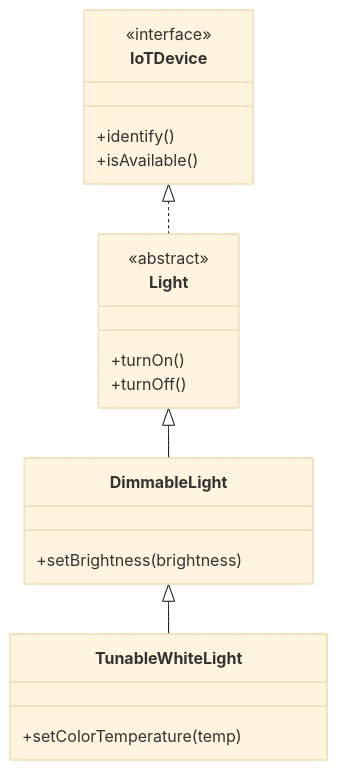
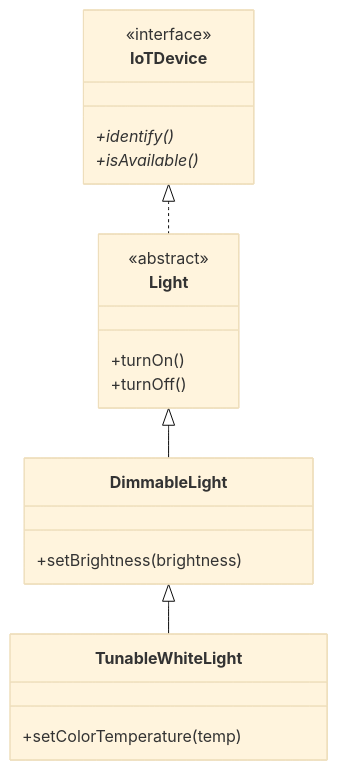
The first of 3 diagrams in lecture-slides/l3-more-java.mdx (neu-pdi/cs3100-public-resources), drawn with Mermaid (base theme) before and after one commit. The commit also changed other lines of this file and 8 other files, not shown here.

````diff
--- a/lecture-slides/l3-more-java.mdx
+++ b/lecture-slides/l3-more-java.mdx
@@ -88,22 +102,24 @@
 ```mermaid
 classDiagram
     class IoTDevice {
         <<interface>>
-        +identify()
-        +isAvailable()
+        +identify()*
+        +isAvailable()*
     }
     class Light {
         <<abstract>>
         +turnOn()
         +turnOff()
     }
     class DimmableLight {
         +setBrightness(brightness)
     }
     class TunableWhiteLight {
         +setColorTemperature(temp)
     }
     IoTDevice <|.. Light
     Light <|-- DimmableLight
     DimmableLight <|-- TunableWhiteLight
+
+    style IotDevice fill:#2d4a5a,stroke:#4ac,stroke-width:2px,stroke-dasharray: 5 5
 ```
````
